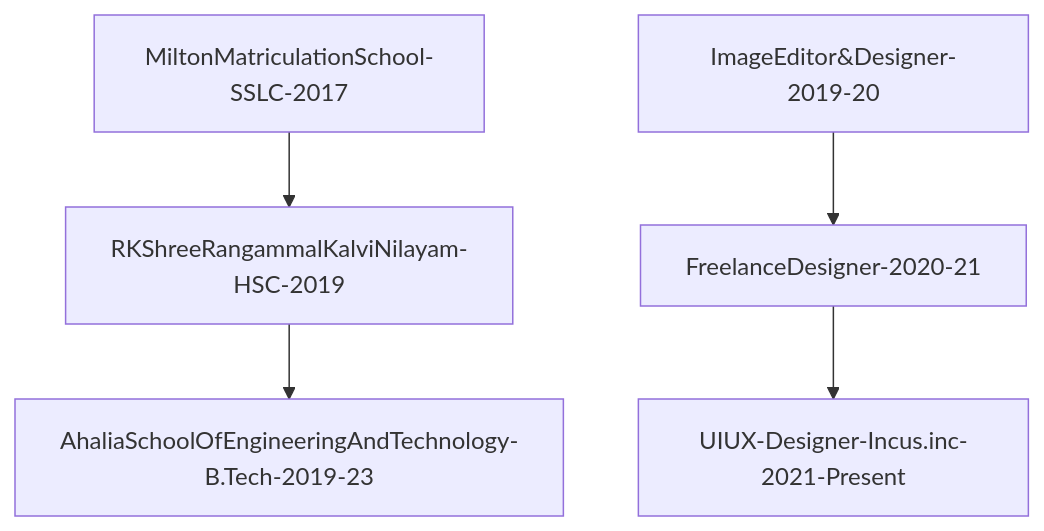
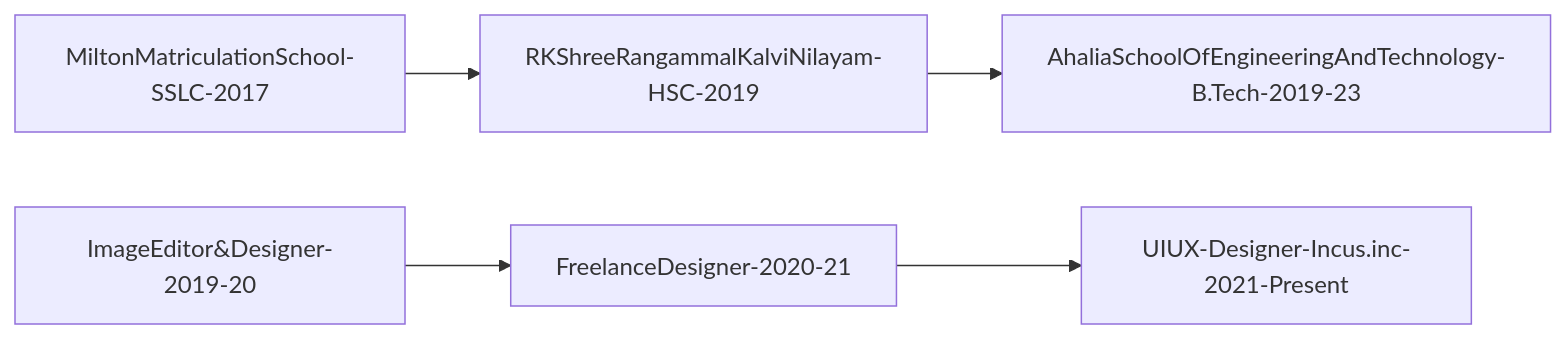
One commit to hariprasd/hariprasd changed the diagram in README.md. Above: the diagram before and after it, drawn with Mermaid.

````diff
--- a/README.md
+++ b/README.md
@@ -33,7 +33,7 @@
 ```mermaid
-graph TD;
+graph LR;
     MiltonMatriculationSchool-SSLC-2017-->RKShreeRangammalKalviNilayam-HSC-2019;
     RKShreeRangammalKalviNilayam-HSC-2019-->AhaliaSchoolOfEngineeringAndTechnology-B.Tech-2019-23;
     ImageEditor&Designer-2019-20-->FreelanceDesigner-2020-21;
     FreelanceDesigner-2020-21-->UIUX-Designer-Incus.inc-2021-Present;
 ```
````
